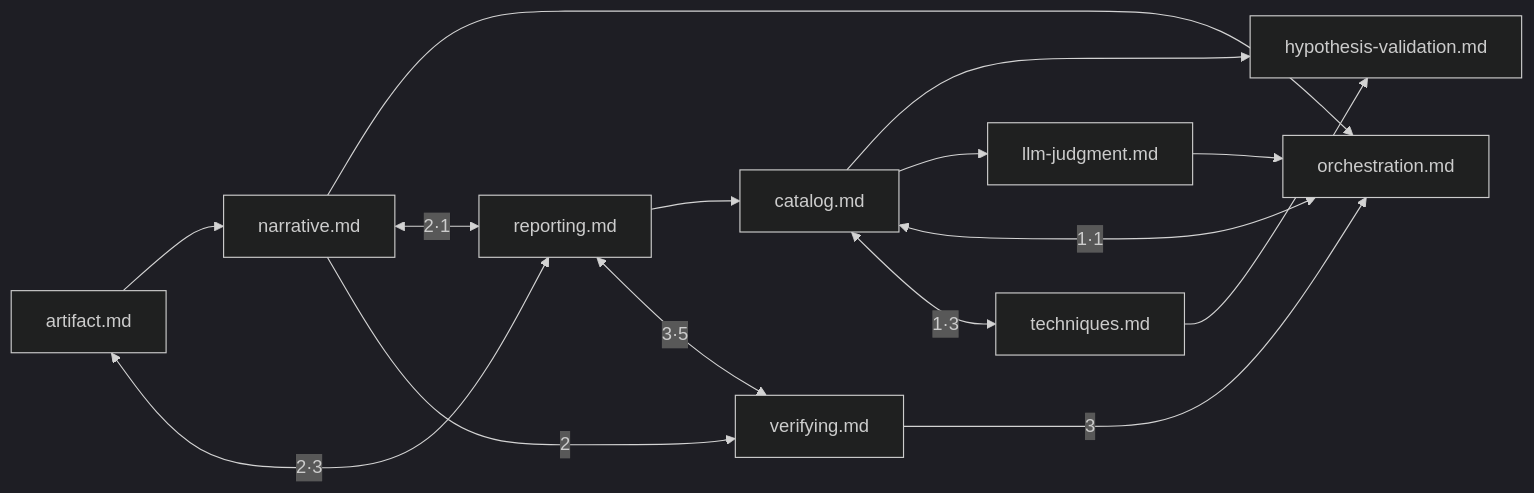
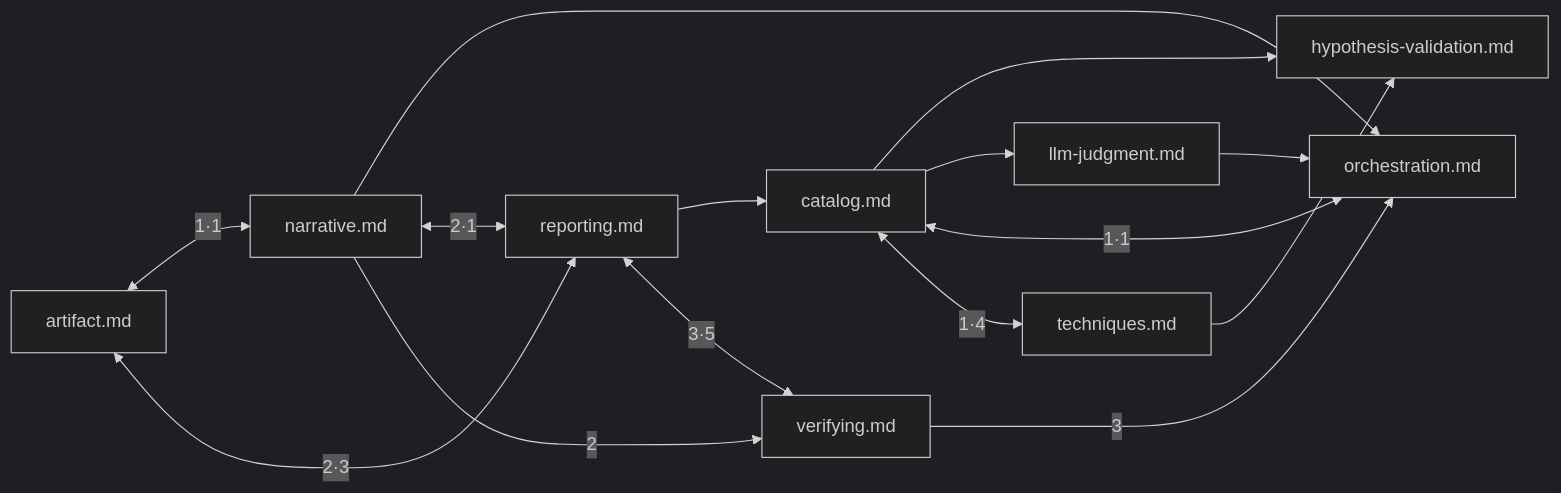
The diagram in rag-profiling/_map/문서참조그래프.md (HojinJava/claude_skill), drawn with Mermaid (dark theme) before and after one commit. The commit also changed other lines of this file and 14 other files, not shown here.

````diff
--- a/rag-profiling/_map/문서참조그래프.md
+++ b/rag-profiling/_map/문서참조그래프.md
@@ -14,26 +14,26 @@
 ```mermaid
 flowchart LR
   artifact["artifact.md"]
   catalog["catalog.md"]
   hypothesis_validation["hypothesis-validation.md"]
   llm_judgment["llm-judgment.md"]
   narrative["narrative.md"]
   orchestration["orchestration.md"]
   reporting["reporting.md"]
   techniques["techniques.md"]
   verifying["verifying.md"]
-  artifact --> narrative
+  artifact <-->|1·1| narrative
   artifact <-->|2·3| reporting
   catalog --> hypothesis_validation
   catalog --> llm_judgment
   catalog <-->|1·1| orchestration
-  catalog <-->|1·3| techniques
+  catalog <-->|1·4| techniques
   llm_judgment --> orchestration
   narrative --> orchestration
   narrative <-->|2·1| reporting
   narrative -->|2| verifying
   reporting --> catalog
   reporting <-->|3·5| verifying
   techniques --> hypothesis_validation
   verifying -->|3| orchestration
 ```
````
